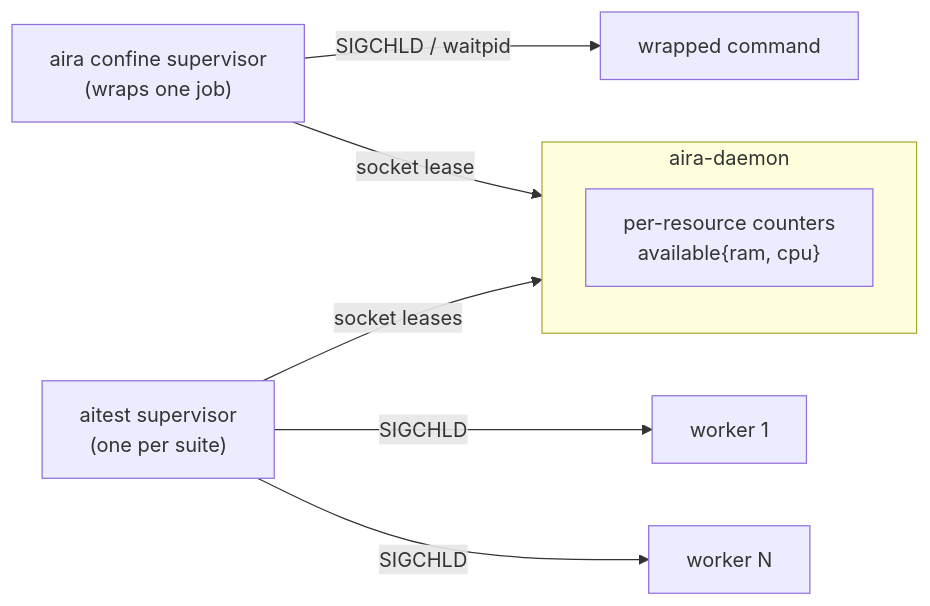
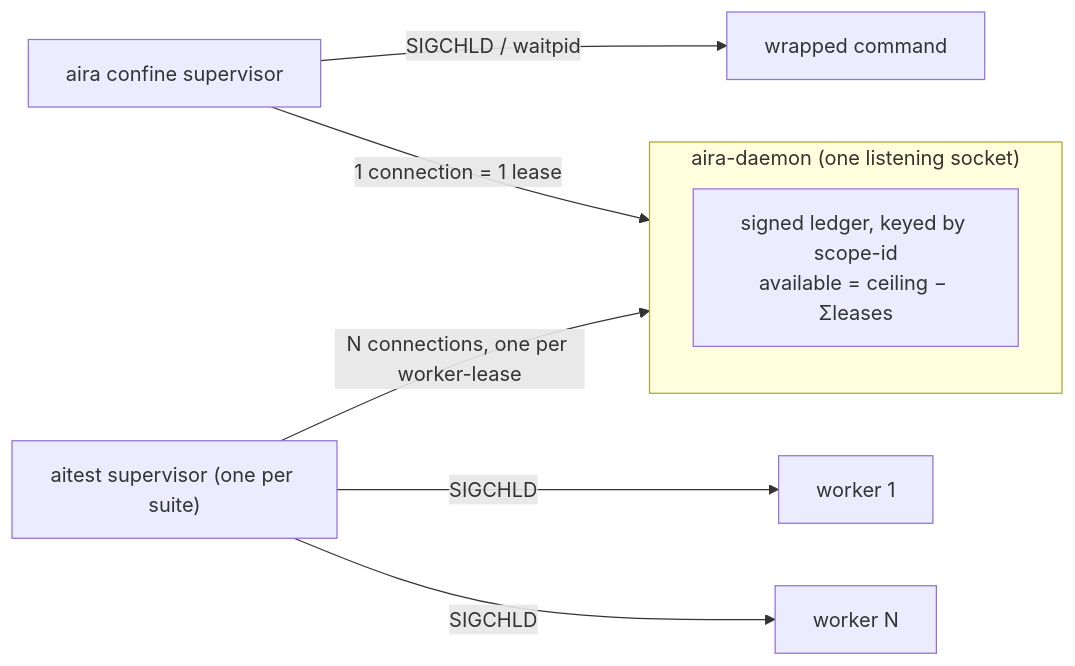
The second of 3 diagrams in docs/superpowers/specs/2026-09-10-simple-admission-counter-design.md (battlesnake/aira), drawn with Mermaid before and after one commit. The commit also changed other lines of this file, not shown here.

First line of the commit message:
admission-counter spec v2: plan-fix after gate BLOCK (owner-signed deltas)

````diff
--- a/docs/superpowers/specs/2026-09-10-simple-admission-counter-design.md
+++ b/docs/superpowers/specs/2026-09-10-simple-admission-counter-design.md
@@ -63,11 +103,11 @@
 ```mermaid
 flowchart LR
-  subgraph D["aira-daemon"]
-    Q["per-resource counters<br/>available{ram, cpu}"]
+  subgraph D["aira-daemon (one listening socket)"]
+    Q["signed ledger, keyed by scope-id<br/>available = ceiling − Σleases"]
   end
-  CS["aira confine supervisor<br/>(wraps one job)"] -->|socket lease| D
+  CS["aira confine supervisor"] -->|1 connection = 1 lease| D
   CS -->|SIGCHLD / waitpid| JOB["wrapped command"]
-  AS["aitest supervisor<br/>(one per suite)"] -->|socket leases| D
+  AS["aitest supervisor (one per suite)"] -->|N connections, one per worker-lease| D
   AS -->|SIGCHLD| W1["worker 1"]
   AS -->|SIGCHLD| W2["worker N"]
 ```
````
